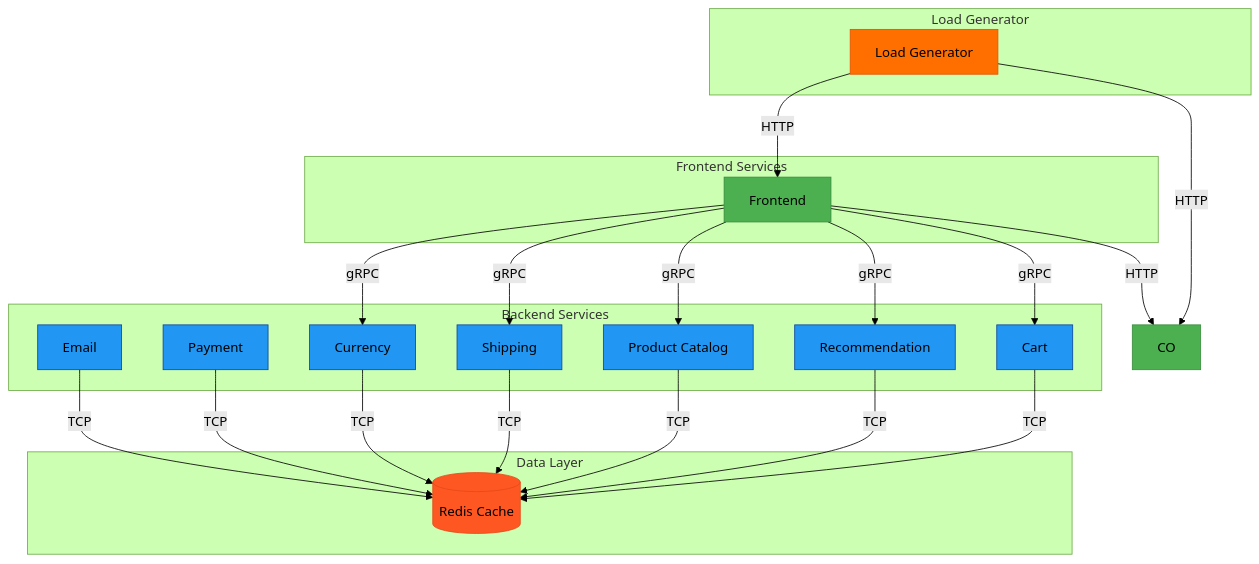
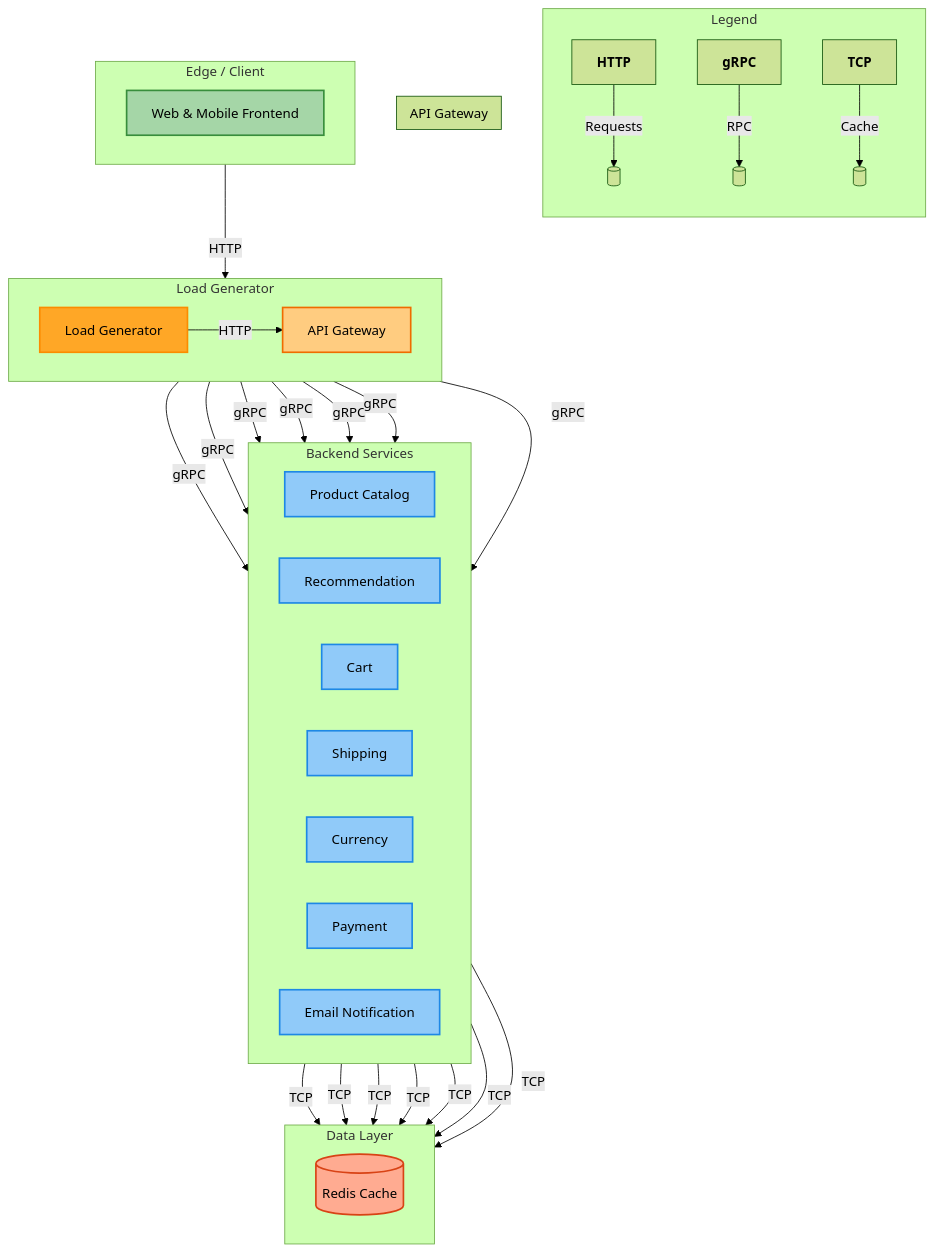
The diagram in README.md (Abo1406/gke-microservices-demo-deployment), drawn with Mermaid (forest theme) before and after one commit.

````diff
--- a/README.md
+++ b/README.md
@@ -8,56 +8,79 @@
 ```mermaid
-graph TD
-    %% Load Generator Section
-    subgraph Load Generator
-        LG[Load Generator]
-    end
-    
-    %% Frontend Services
-    subgraph Frontend Services
-        FE[Frontend]
-    end
-    
-    %% Redis Cache
-    subgraph Data Layer
-        RC[(Redis Cache)]
-    end
-    
-    %% Backend Services
-    subgraph Backend Services
-        PC[Product Catalog]
-        REC[Recommendation]
-        CART[Cart]
-        SHIP[Shipping]
-        CURR[Currency]
-        PAY[Payment]
-        EMAIL[Email]
-    end
-    
-    %% Connections
-    LG -->|HTTP| FE
-    LG -->|HTTP| CO
-    FE -->|HTTP| CO
-    FE -->|gRPC| PC
-    FE -->|gRPC| REC
-    FE -->|gRPC| CART
-    FE -->|gRPC| SHIP
-    FE -->|gRPC| CURR
-    
-    CART -->|TCP| RC
-    REC -->|TCP| RC
-    PC -->|TCP| RC
-    SHIP -->|TCP| RC
-    CURR -->|TCP| RC
-    PAY -->|TCP| RC
-    EMAIL -->|TCP| RC
+flowchart TD
+  %% Legend
+  subgraph Legend
+    direction TB
+    HTTP[<b>HTTP</b>] -->|Requests| dest1[( )]
+    gRPC[<b>gRPC</b>] -->|RPC| dest2[( )]
+    TCP[<b>TCP</b>] -->|Cache| dest3[( )]
+  end
 
-    %% Styling
-    classDef loadgen fill:#FF6F00,stroke:#E65100;
-    classDef frontend fill:#4CAF50,stroke:#388E3C;
-    classDef backend fill:#2196F3,stroke:#0D47A1;
-    classDef database fill:#FF5722,stroke:#E64A19;
-    class LG loadgen;
-    class FE,CO frontend;
-    class PC,REC,CART,SHIP,CURR,PAY,EMAIL backend;
-    class RC database;
+  %% Load Generator
+  subgraph "Load Generator"
+    direction LR
+    LG[Load Generator]
+    LG -- HTTP --> APIGW
+  end
+
+  %% API Gateway
+  subgraph "API Gateway"
+    direction LR
+    APIGW[API Gateway]
+  end
+
+  %% Frontend
+  subgraph "Edge / Client"
+    direction LR
+    FE[Web & Mobile Frontend]
+    FE -- HTTP --> APIGW
+  end
+
+  %% Backend Services
+  subgraph "Backend Services"
+    direction LR
+    PC[Product Catalog]
+    REC[Recommendation]
+    CART[Cart]
+    SHIP[Shipping]
+    CURR[Currency]
+    PAY[Payment]
+    EMAIL[Email Notification]
+  end
+
+  %% Data Layer
+  subgraph "Data Layer"
+    direction LR
+    RC[(Redis Cache)]
+  end
+
+  %% Service Connections
+  APIGW -- gRPC --> PC
+  APIGW -- gRPC --> REC
+  APIGW -- gRPC --> CART
+  APIGW -- gRPC --> SHIP
+  APIGW -- gRPC --> CURR
+  APIGW -- gRPC --> PAY
+  APIGW -- gRPC --> EMAIL
+
+  CART  -- TCP --> RC
+  REC   -- TCP --> RC
+  PC    -- TCP --> RC
+  SHIP  -- TCP --> RC
+  CURR  -- TCP --> RC
+  PAY   -- TCP --> RC
+  EMAIL -- TCP --> RC
+
+  %% Styling
+  classDef loadgen fill:#FFA726,stroke:#FB8C00,stroke-width:2px;
+  classDef gateway  fill:#FFCC80,stroke:#EF6C00,stroke-width:2px;
+  classDef edge     fill:#A5D6A7,stroke:#388E3C,stroke-width:2px;
+  classDef backend  fill:#90CAF9,stroke:#1E88E5,stroke-width:2px;
+  classDef database fill:#FFAB91,stroke:#D84315,stroke-width:2px;
+
+  class LG loadgen;
+  class APIGW gateway;
+  class FE edge;
+  class PC,REC,CART,SHIP,CURR,PAY,EMAIL backend;
+  class RC database;
+
 ```
````
